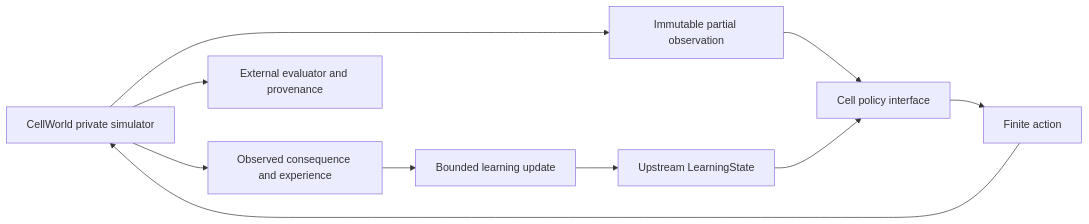
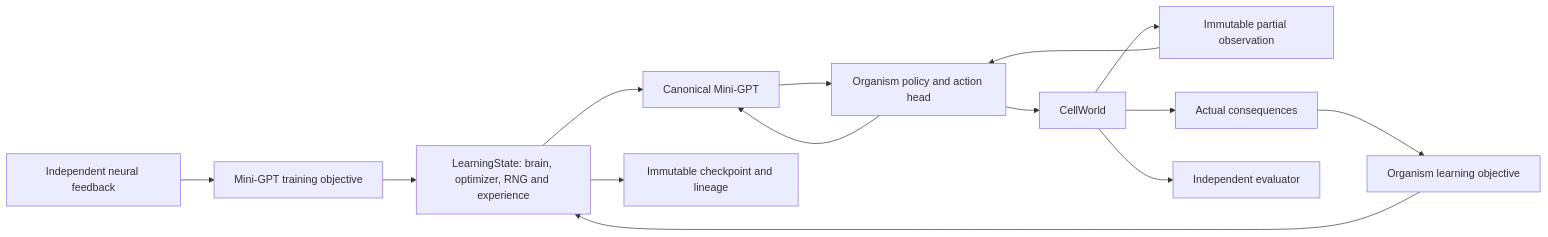
The diagram in docs/ARCHITECTURE.md (hieulc0/ontogeny), drawn with Mermaid before and after one commit. The commit also changed other lines of this file and 61 other files, not shown here.

Commit message:
refactor: consolidate the canonical Mini-GPT engine inside Ontogeny

````diff
--- a/docs/ARCHITECTURE.md
+++ b/docs/ARCHITECTURE.md
@@ -3,12 +3,16 @@
 ```mermaid
 flowchart LR
-  W[CellWorld private simulator] --> O[Immutable partial observation]
-  O --> C[Cell policy interface]
-  C --> A[Finite action]
-  A --> W
-  W --> E[Observed consequence and experience]
-  E --> U[Bounded learning update]
-  U --> S[Upstream LearningState]
-  S --> C
-  W --> V[External evaluator and provenance]
+  A[Independent neural feedback] --> T[Mini-GPT training objective]
+  T --> S[LearningState: brain, optimizer, RNG and experience]
+  W[CellWorld] --> O[Immutable partial observation]
+  O --> P[Organism policy and action head]
+  P --> B[Canonical Mini-GPT]
+  B --> P
+  P --> W
+  W --> E[Actual consequences]
+  E --> U[Organism learning objective]
+  U --> S
+  S --> B
+  S --> C[Immutable checkpoint and lineage]
+  W --> V[Independent evaluator]
 ```
````
